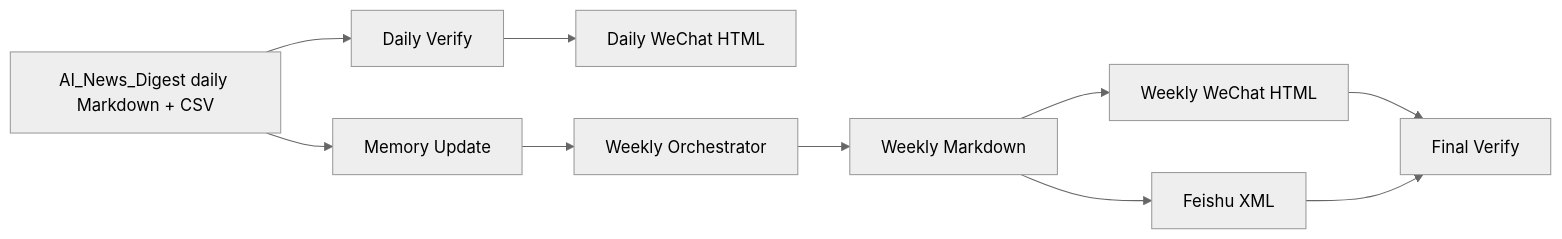
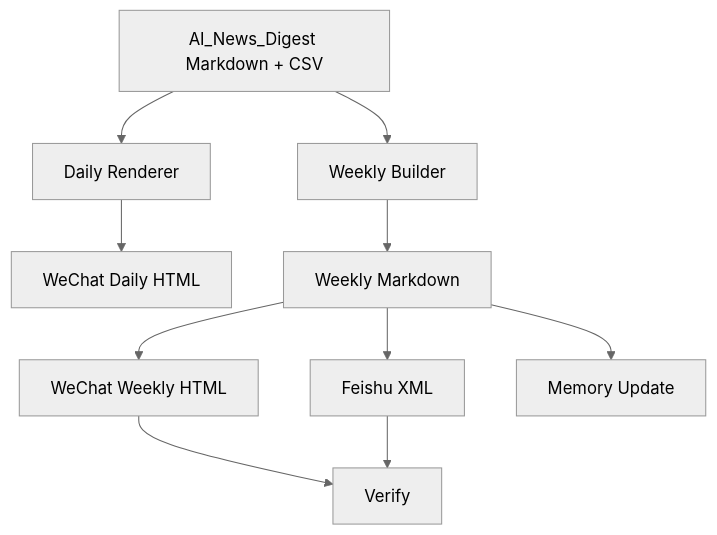
Before and after one commit to chengjialu8888/AI_Blog: the third of 3 diagrams in README.md, drawn with Mermaid (neutral theme). The commit also changed other lines of this file, not shown here.

````diff
--- a/README.md
+++ b/README.md
@@ -15,12 +361,12 @@
 ```mermaid
-flowchart LR
-    A["AI_News_Digest daily Markdown + CSV"] --> B["Daily Verify"]
-    B --> C["Daily WeChat HTML"]
-    A --> D["Memory Update"]
-    D --> E["Weekly Orchestrator"]
-    E --> F["Weekly Markdown"]
-    F --> G["Weekly WeChat HTML"]
-    F --> H["Feishu XML"]
-    G --> I["Final Verify"]
-    H --> I
+flowchart TD
+    A["AI_News_Digest Markdown + CSV"] --> B["Daily Renderer"]
+    B --> C["WeChat Daily HTML"]
+    A --> D["Weekly Builder"]
+    D --> E["Weekly Markdown"]
+    E --> F["WeChat Weekly HTML"]
+    E --> G["Feishu XML"]
+    E --> H["Memory Update"]
+    F --> I["Verify"]
+    G --> I
 ```
````
